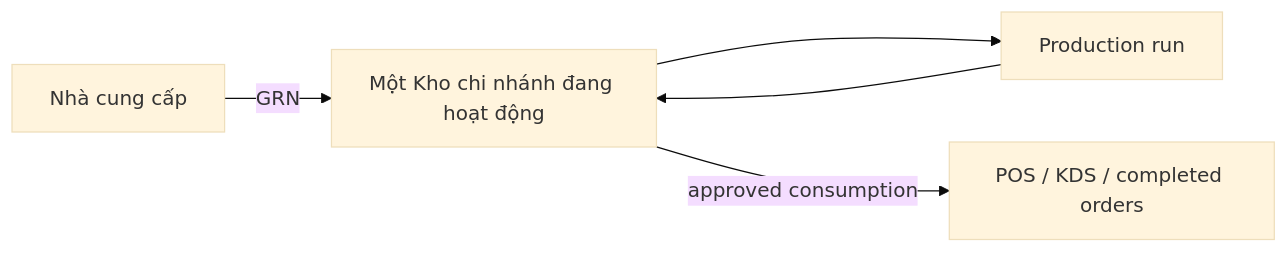
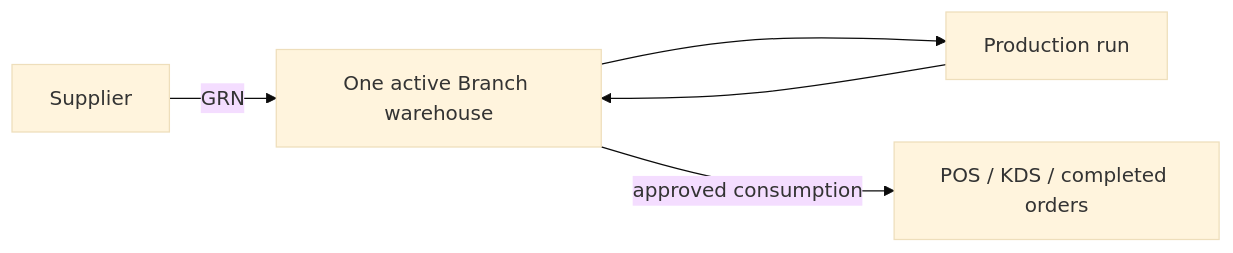
The diagram in docs/CODEBASE_MAP.md (comtammatu/comtammatu), drawn with Mermaid (base theme) before and after one commit. The commit also changed other lines of this file and 41 other files, not shown here.

````diff
--- a/docs/CODEBASE_MAP.md
+++ b/docs/CODEBASE_MAP.md
@@ -81,7 +81,7 @@
 ```mermaid
 flowchart LR
-    supplier["Nhà cung cấp"] -->|GRN| warehouse["Một Kho chi nhánh đang hoạt động"]
+    supplier["Supplier"] -->|GRN| warehouse["One active Branch warehouse"]
     warehouse --> production["Production run"]
     production --> warehouse
     warehouse -->|approved consumption| pos["POS / KDS / completed orders"]
 ```
````
